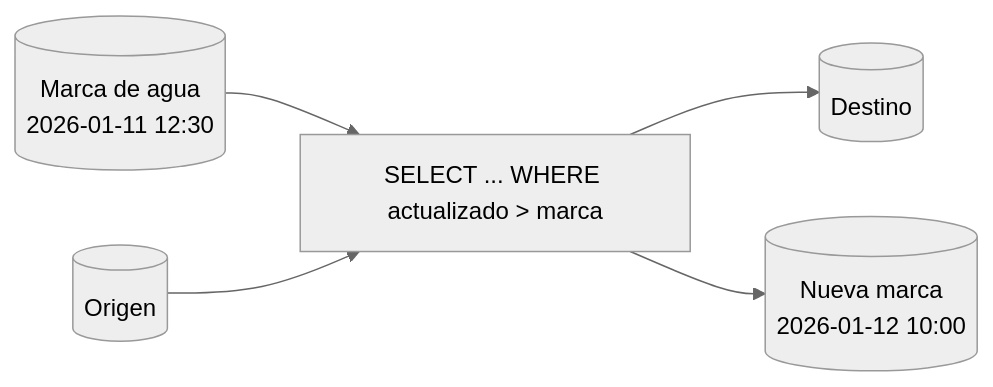
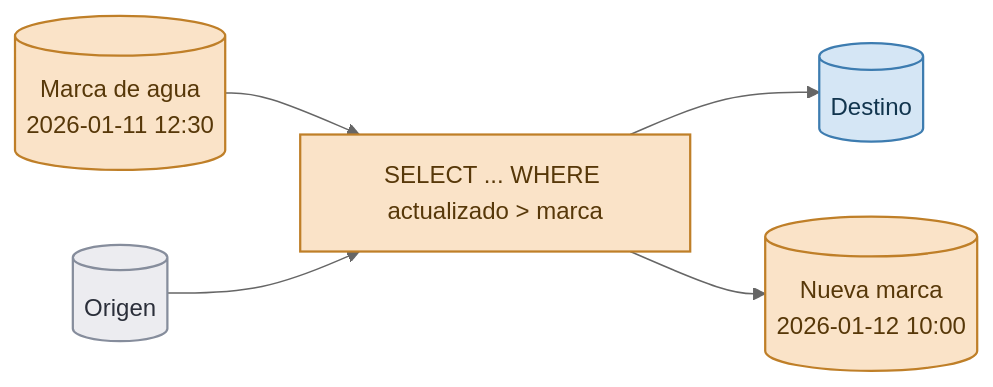
The third of 4 diagrams in content/load/patrones.qmd (IraitzM/ingenieria-datos), drawn with Mermaid (neutral theme) before and after one commit. The commit also changed other lines of this file and 28 other files, not shown here.

````diff
--- a/content/load/patrones.qmd
+++ b/content/load/patrones.qmd
@@ -57,7 +77,15 @@
 ```{mermaid}
 flowchart LR
     m[("Marca de agua<br/>2026-01-11 12:30")] --> c["SELECT ... WHERE actualizado > marca"]
     o[("Origen")] --> c
     c --> d[("Destino")]
     c --> m2[("Nueva marca<br/>2026-01-12 10:00")]
+
+    %% Paleta por bloque del libro
+    classDef origen fill:#ececf0,stroke:#868d9c,stroke-width:1.5px,color:#2b2f3a
+    classDef carga fill:#fae3c8,stroke:#bf7f28,stroke-width:1.5px,color:#573809
+    classDef almacen fill:#d5e6f5,stroke:#3d7cb0,stroke-width:1.5px,color:#12354e
+    class o origen
+    class c,m,m2 carga
+    class d almacen
 ```
````
